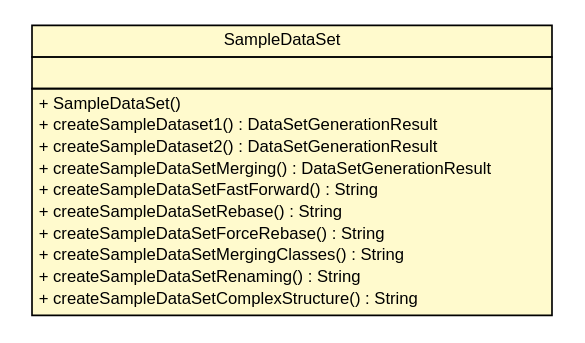
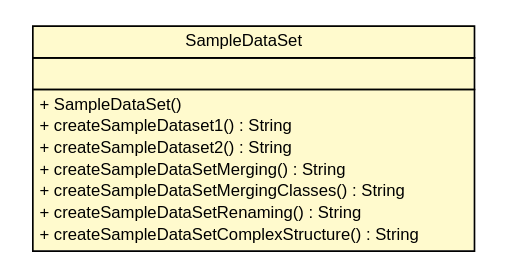
One commit to adrianorzyszek/r43ples changed the diagram in site/apidocs/de/tud/plt/r43ples/management/SampleDataSet.dot. Above: the diagram before and after it, drawn with Graphviz. The commit also changed 664 other files, not shown here.

```diff
--- a/site/apidocs/de/tud/plt/r43ples/management/SampleDataSet.dot
+++ b/site/apidocs/de/tud/plt/r43ples/management/SampleDataSet.dot
@@ -1,33 +1,30 @@
 #!/usr/local/bin/dot
 #
 # Class diagram 
 # Generated by UMLGraph version R5_6-24-gf6e263 (http://www.umlgraph.org/)
 #
 
 digraph G {
 	edge [fontname="Helvetica",fontsize=10,labelfontname="Helvetica",labelfontsize=10];
 	node [fontname="Helvetica",fontsize=10,shape=plaintext];
 	nodesep=0.25;
 	ranksep=0.5;
 	// de.tud.plt.r43ples.management.SampleDataSet
-	c5025 [label=<<table title="de.tud.plt.r43ples.management.SampleDataSet" border="0" cellborder="1" cellspacing="0" cellpadding="2" port="p" bgcolor="lemonChiffon" href="./SampleDataSet.html">
+	c1543 [label=<<table title="de.tud.plt.r43ples.management.SampleDataSet" border="0" cellborder="1" cellspacing="0" cellpadding="2" port="p" bgcolor="lemonChiffon" href="./SampleDataSet.html">
 		<tr><td><table border="0" cellspacing="0" cellpadding="1">
 <tr><td align="center" balign="center"> SampleDataSet </td></tr>
 		</table></td></tr>
 		<tr><td><table border="0" cellspacing="0" cellpadding="1">
 <tr><td align="left" balign="left">  </td></tr>
 		</table></td></tr>
 		<tr><td><table border="0" cellspacing="0" cellpadding="1">
 <tr><td align="left" balign="left"> + SampleDataSet() </td></tr>
-<tr><td align="left" balign="left"> + createSampleDataset1() : DataSetGenerationResult </td></tr>
-<tr><td align="left" balign="left"> + createSampleDataset2() : DataSetGenerationResult </td></tr>
-<tr><td align="left" balign="left"> + createSampleDataSetMerging() : DataSetGenerationResult </td></tr>
-<tr><td align="left" balign="left"> + createSampleDataSetFastForward() : String </td></tr>
-<tr><td align="left" balign="left"> + createSampleDataSetRebase() : String </td></tr>
-<tr><td align="left" balign="left"> + createSampleDataSetForceRebase() : String </td></tr>
+<tr><td align="left" balign="left"> + createSampleDataset1() : String </td></tr>
+<tr><td align="left" balign="left"> + createSampleDataset2() : String </td></tr>
+<tr><td align="left" balign="left"> + createSampleDataSetMerging() : String </td></tr>
 <tr><td align="left" balign="left"> + createSampleDataSetMergingClasses() : String </td></tr>
 <tr><td align="left" balign="left"> + createSampleDataSetRenaming() : String </td></tr>
 <tr><td align="left" balign="left"> + createSampleDataSetComplexStructure() : String </td></tr>
 		</table></td></tr>
 		</table>>, URL="./SampleDataSet.html", fontname="Helvetica", fontcolor="black", fontsize=10.0];
 }
```
